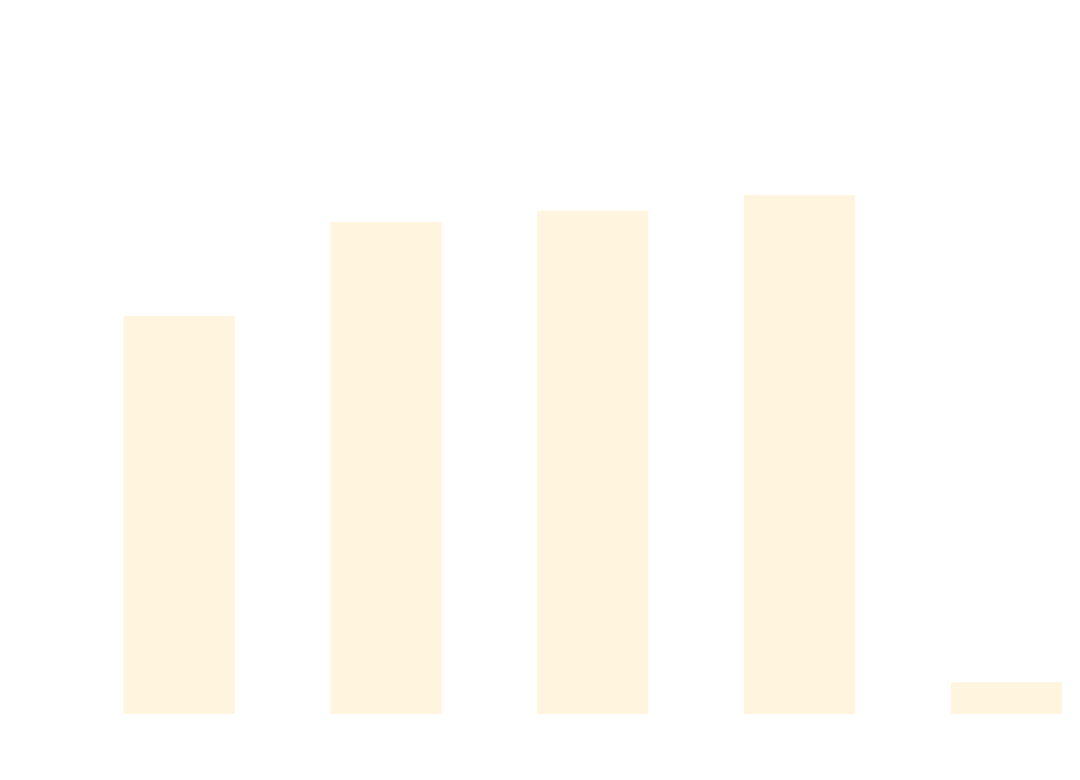
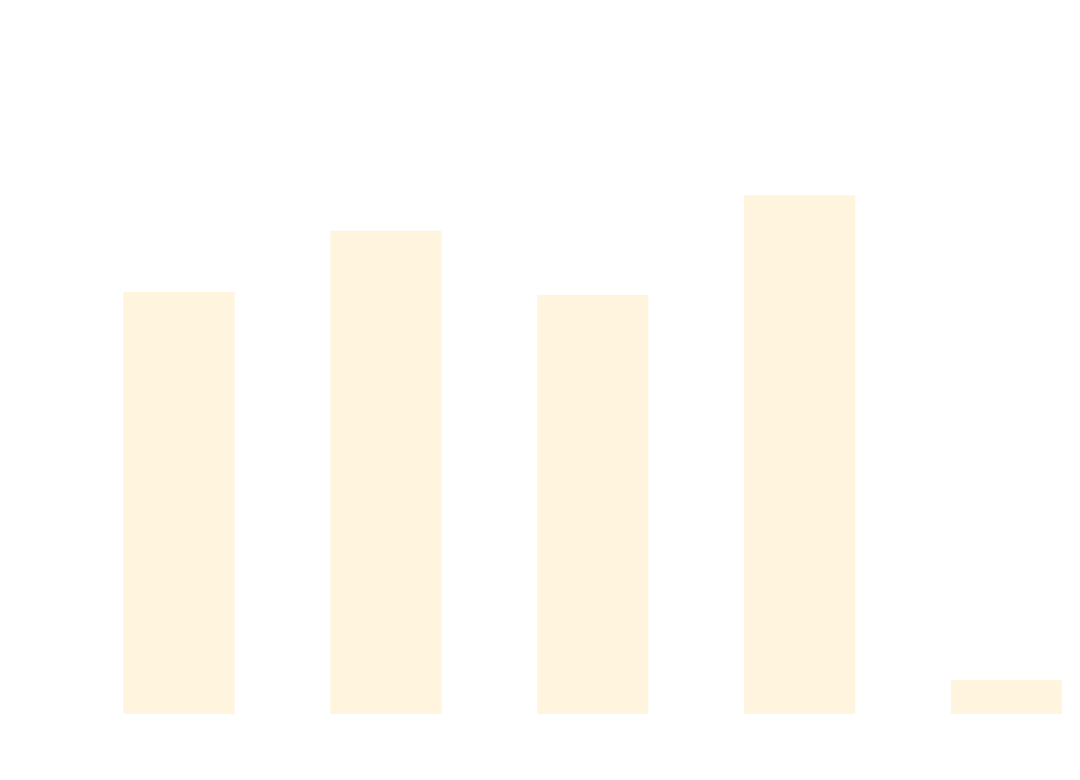
One commit to thomhurst/TUnit changed the diagram in docs/docs/benchmarks/DataDrivenTests.md. Above: the diagram before and after it, drawn with Mermaid. The commit also changed other lines of this file and 17 other files, not shown here.

````diff
--- a/docs/docs/benchmarks/DataDrivenTests.md
+++ b/docs/docs/benchmarks/DataDrivenTests.md
@@ -27,37 +27,37 @@
 ```mermaid
 %%{init: {
   'theme':'base',
   'themeVariables': {
     'primaryColor': '#2563eb',
     'primaryTextColor': '#ffffff',
     'primaryBorderColor': '#1e40af',
     'lineColor': '#6b7280',
     'secondaryColor': '#7c3aed',
     'tertiaryColor': '#dc2626',
     'background': '#ffffff',
     'mainBkg': '#2563eb',
     'secondBkg': '#7c3aed',
     'tertiaryBkg': '#dc2626',
     'clusterBkg': '#f3f4f6',
     'edgeLabelBackground': '#ffffff',
     'tertiaryTextColor': '#1f2937',
     'pie1': '#2563eb',
     'pie2': '#7c3aed',
     'pie3': '#dc2626',
     'pie4': '#f59e0b',
     'pie5': '#10b981',
     'pie6': '#06b6d4',
     'pie7': '#ec4899',
     'pie8': '#6366f1',
     'pie9': '#84cc16',
     'pie10': '#f97316',
     'pie11': '#14b8a6',
     'pie12': '#a855f7'
   }
 }}%%
 xychart-beta
   title "DataDrivenTests Performance Comparison"
   x-axis ["TUnit", "NUnit", "MSTest", "xUnit3", "TUnit_AOT"]
-  y-axis "Time (ms)" 0 --> 721
-  bar [456.95, 568.82, 582.22, 600.6, 22.63]
+  y-axis "Time (ms)" 0 --> 712
+  bar [479.59, 551.45, 476.23, 593.07, 25.03]
 ```
````
